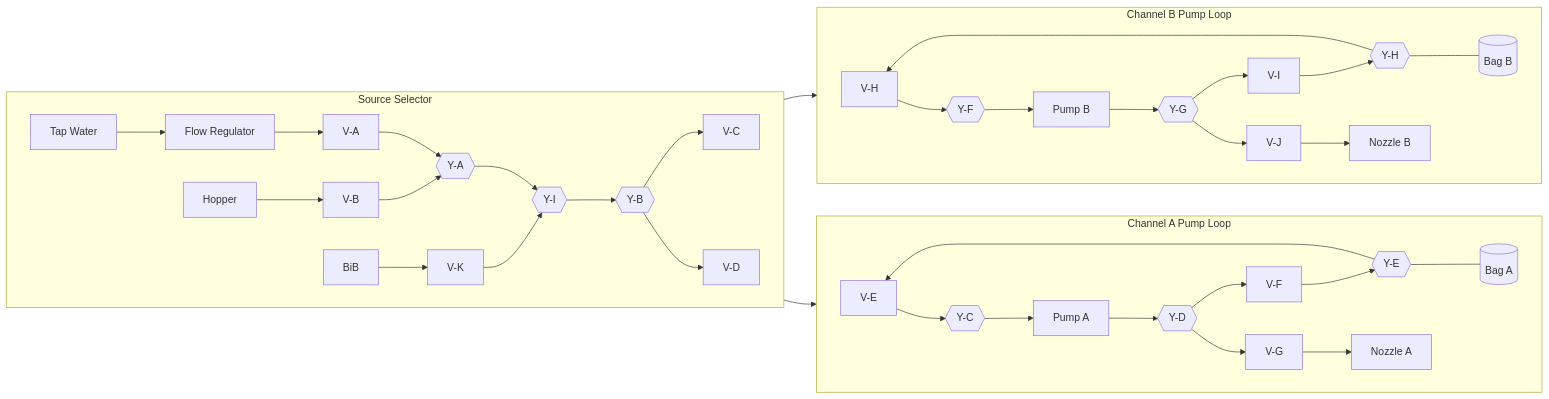
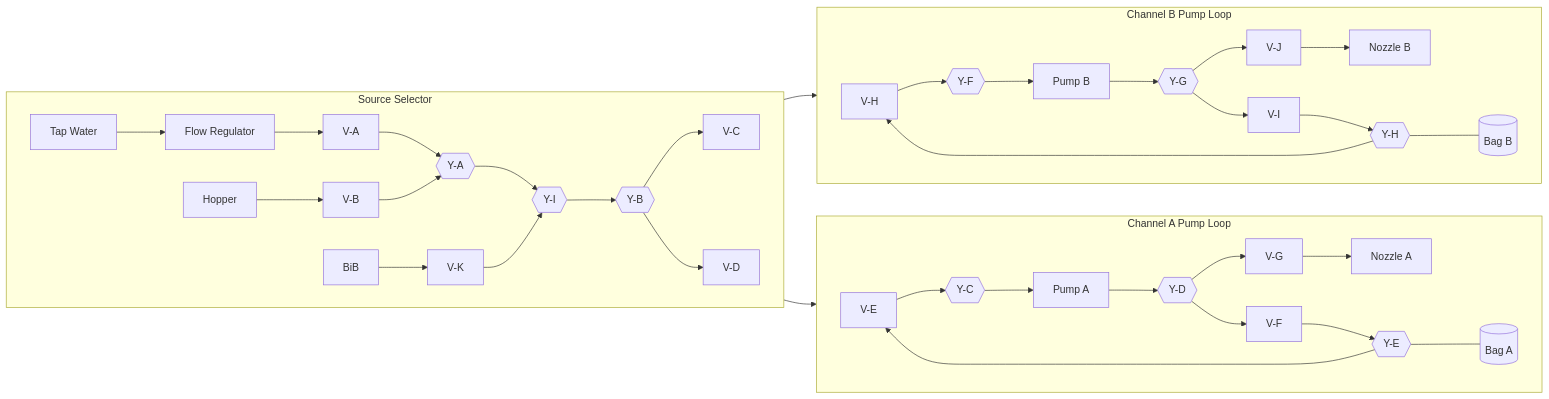
One commit to derekbreden/soda-flavor-injector changed the diagram in hardware/topology/fluid-topology.mmd. Above: the diagram before and after it, drawn with Mermaid. The commit also changed other lines of this file, not shown here.

Commit message:
Reorder mermaid nodes to render nozzles above bags

```diff
--- a/hardware/topology/fluid-topology.mmd
+++ b/hardware/topology/fluid-topology.mmd
@@ -1,52 +1,52 @@
 flowchart LR
 
   %% =========================
   %% Shared source / selection module
   %% =========================
   subgraph Selector["Source Selector"]
     direction LR
 
     Tap["Tap Water"] --> Reg["Flow Regulator"] --> VA["V-A"]
     Hopper["Hopper"] --> VB["V-B"]
     BiB["BiB"] --> VK["V-K"]
 
     VA --> YA{{"Y-A"}}
     VB --> YA
     YA --> YI{{"Y-I"}}
     VK --> YI
     YI --> YB{{"Y-B"}}
     YB --> VC["V-C"]
     YB --> VD["V-D"]
   end
 
   %% =========================
   %% Channel A module
   %% =========================
   subgraph PumpLoopA["Channel A Pump Loop"]
     direction LR
 
     VE["V-E"] --> YC{{"Y-C"}} --> PA["Pump A"] --> YD{{"Y-D"}}
+    YD --> VG["V-G"] --> NozzleA["Nozzle A"]
     YD --> VF["V-F"] --> YE{{"Y-E"}}
     YE --- BagA[("Bag A")]
     YE --> VE
-    YD --> VG["V-G"] --> NozzleA["Nozzle A"]
   end
 
   %% =========================
   %% Channel B module
   %% =========================
   subgraph PumpLoopB["Channel B Pump Loop"]
     direction LR
 
     VH["V-H"] --> YF{{"Y-F"}} --> PB["Pump B"] --> YG{{"Y-G"}}
+    YG --> VJ["V-J"] --> NozzleB["Nozzle B"]
     YG --> VI["V-I"] --> YH{{"Y-H"}}
     YH --- BagB[("Bag B")]
     YH --> VH
-    YG --> VJ["V-J"] --> NozzleB["Nozzle B"]
   end
 
   %% =========================
   %% Cross-module connections
   %% =========================
   VC --> YC
   VD --> YF
```
